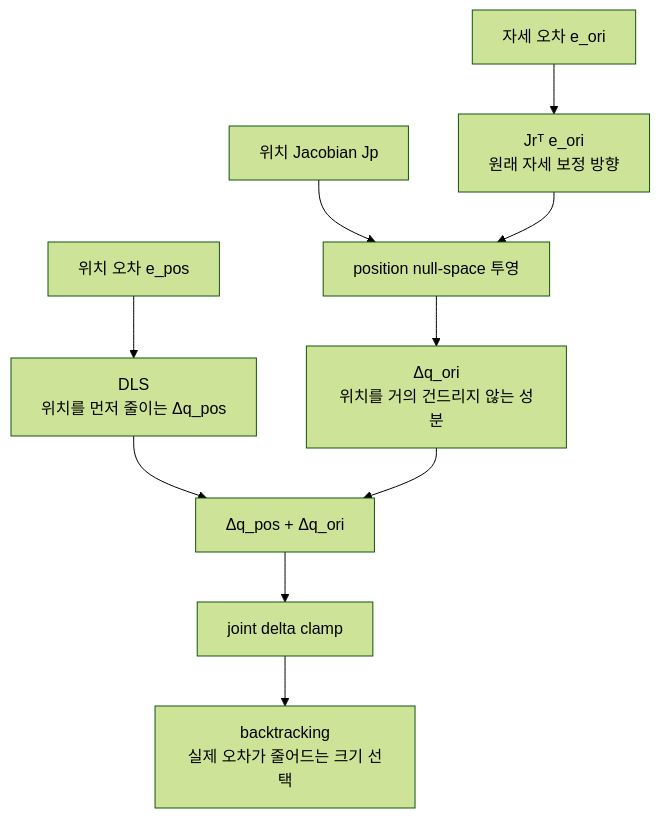
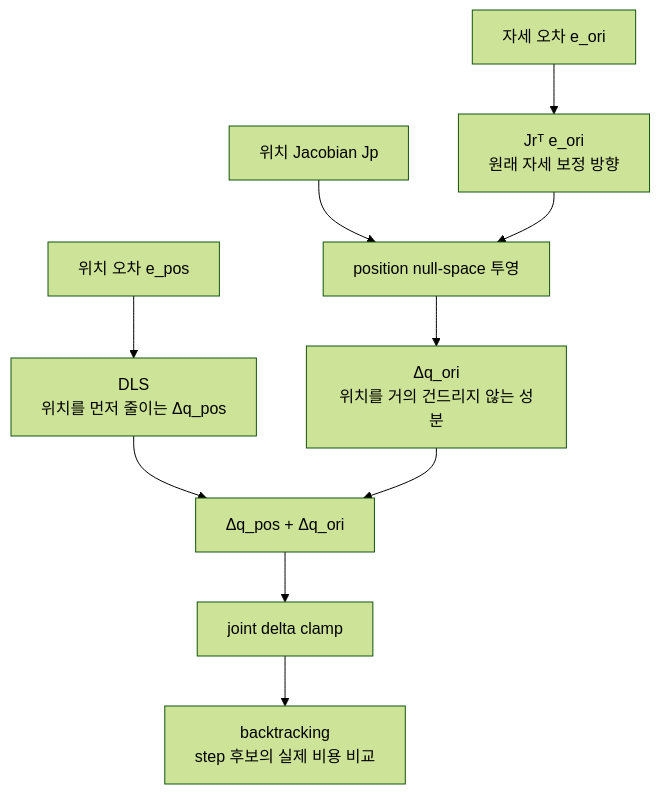
One commit to ggh-png/ffw-sh5-grasp changed the first of 2 diagrams in docs/guide/ik.md. Above: the diagram before and after it, drawn with Mermaid (forest theme). The commit also changed other lines of this file and 5 other files, not shown here.

````diff
--- a/docs/guide/ik.md
+++ b/docs/guide/ik.md
@@ -49,12 +48,12 @@
 ```mermaid
 flowchart TD
     EP["위치 오차 e_pos"] --> DP["DLS<br>위치를 먼저 줄이는 Δq_pos"]
     EO["자세 오차 e_ori"] --> GO["Jrᵀ e_ori<br>원래 자세 보정 방향"]
     JP["위치 Jacobian Jp"] --> NS["position null-space 투영"]
     GO --> NS
     NS --> DO["Δq_ori<br>위치를 거의 건드리지 않는 성분"]
     DP --> SUM["Δq_pos + Δq_ori"]
     DO --> SUM
     SUM --> CLIP["joint delta clamp"]
-    CLIP --> LS["backtracking<br>실제 오차가 줄어드는 크기 선택"]
+    CLIP --> LS["backtracking<br>step 후보의 실제 비용 비교"]
 ```
````
